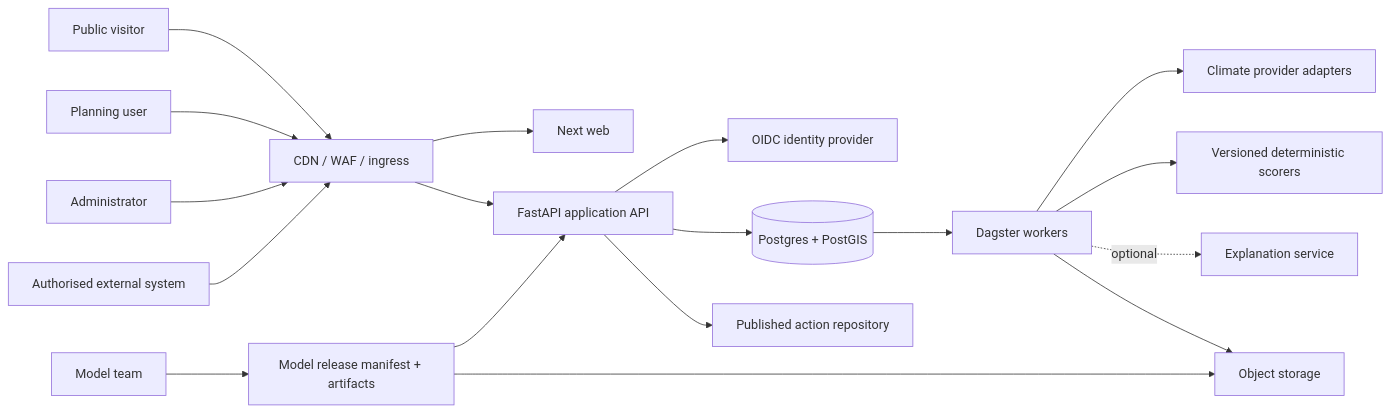
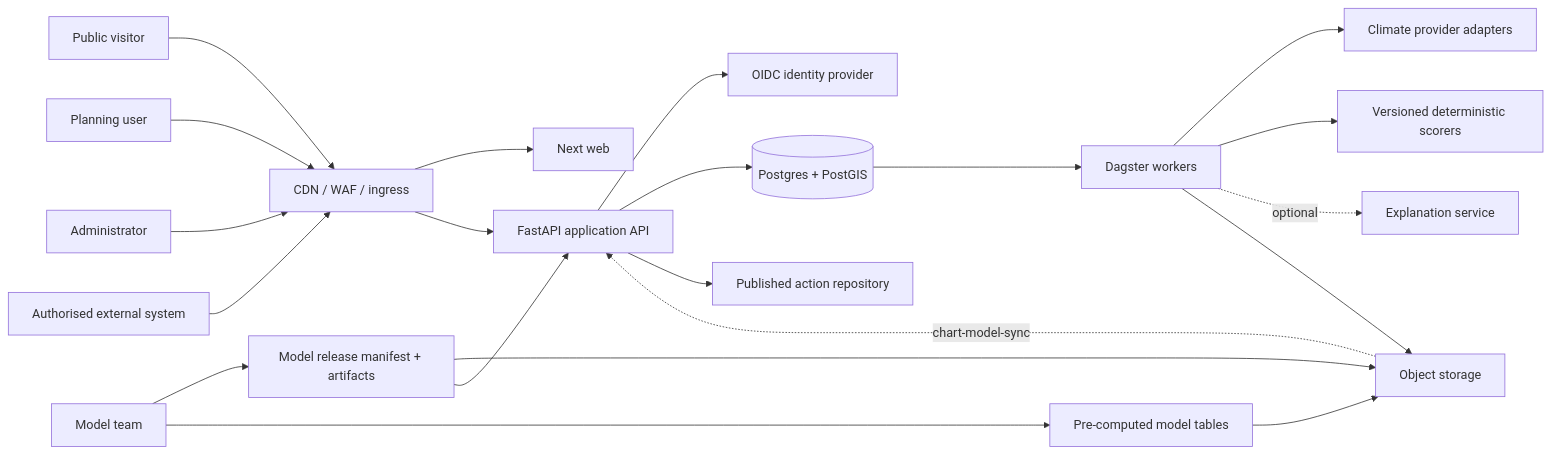
Before and after one commit to CHART-Scope/CHART: the first of 7 diagrams in docs/system-architecture-and-requirements.md, drawn with Mermaid. The commit also changed other lines of this file and 160 other files, not shown here.

````diff
--- a/docs/system-architecture-and-requirements.md
+++ b/docs/system-architecture-and-requirements.md
@@ -80,23 +80,26 @@
 ```mermaid
 flowchart LR
     public["Public visitor"] --> edge["CDN / WAF / ingress"]
     planner["Planning user"] --> edge
     admin["Administrator"] --> edge
     client["Authorised external system"] --> edge
 
     edge --> web["Next web"]
     edge --> api["FastAPI application API"]
     api --> identity["OIDC identity provider"]
     api --> db[("Postgres + PostGIS")]
     api --> repository["Published action repository"]
 
     db --> workers["Dagster workers"]
     workers --> climate["Climate provider adapters"]
     workers --> scorer["Versioned deterministic scorers"]
     workers -. optional .-> explainer["Explanation service"]
     workers --> objects["Object storage"]
 
     modeler["Model team"] --> release["Model release manifest + artifacts"]
     release --> objects
     release --> api
+    modeler --> tables["Pre-computed model tables"]
+    tables --> objects
+    objects -. "chart-model-sync" .-> api
 ```
````
